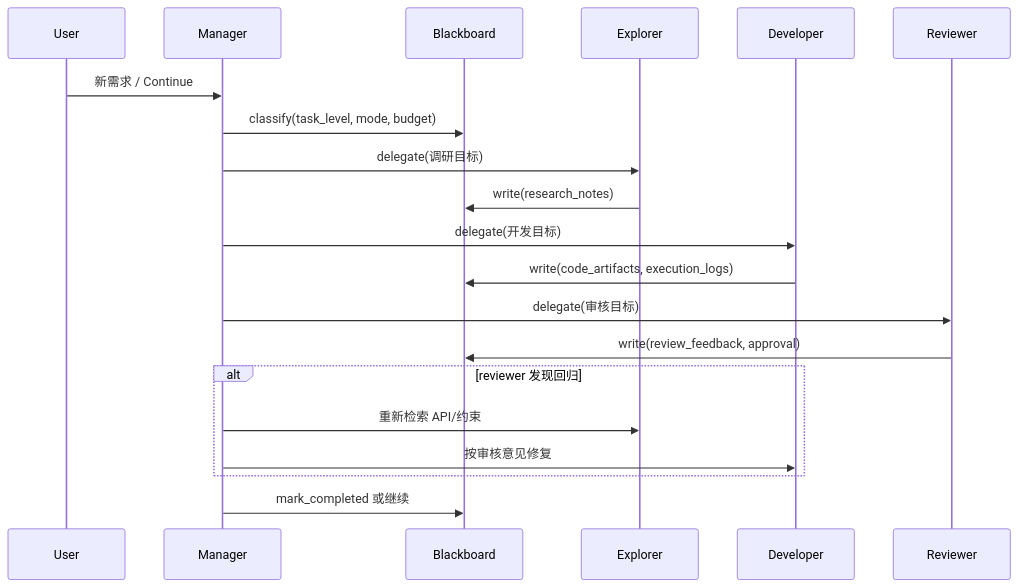
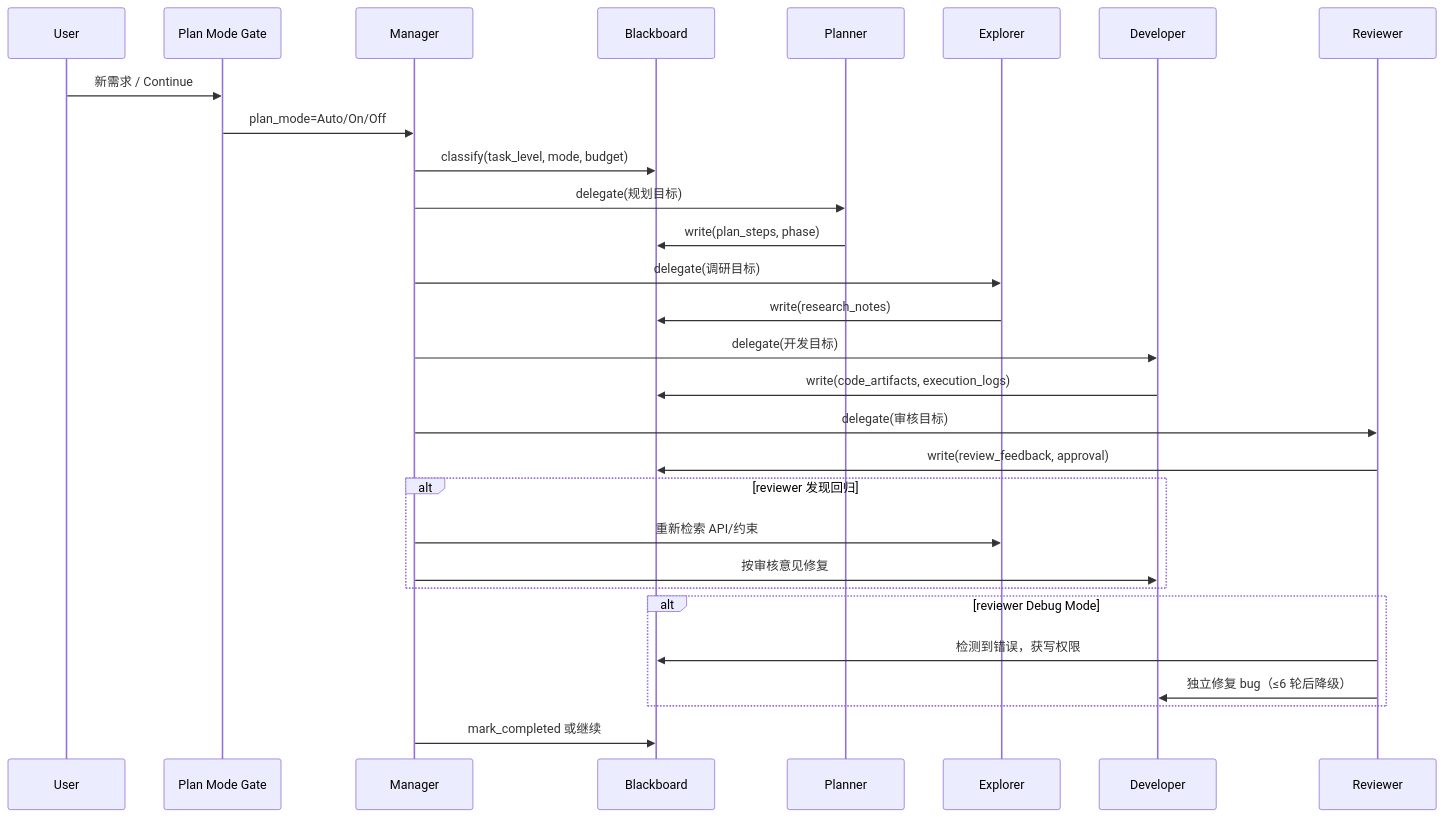
One commit to FonaTech/Clouds-Coder changed the fifth of 7 diagrams in README-zh.md. Above: the diagram before and after it, drawn with Mermaid. The commit also changed other lines of this file and 3 other files, not shown here.

````diff
--- a/README-zh.md
+++ b/README-zh.md
@@ -313,23 +349,32 @@
 ```mermaid
 sequenceDiagram
   participant U as User
+  participant PM as Plan Mode Gate
   participant M as Manager
   participant B as Blackboard
+  participant P as Planner
   participant E as Explorer
   participant D as Developer
   participant R as Reviewer
 
-  U->>M: 新需求 / Continue
+  U->>PM: 新需求 / Continue
+  PM->>M: plan_mode=Auto/On/Off
   M->>B: classify(task_level, mode, budget)
+  M->>P: delegate(规划目标)
+  P->>B: write(plan_steps, phase)
   M->>E: delegate(调研目标)
   E->>B: write(research_notes)
   M->>D: delegate(开发目标)
   D->>B: write(code_artifacts, execution_logs)
   M->>R: delegate(审核目标)
   R->>B: write(review_feedback, approval)
   alt reviewer 发现回归
     M->>E: 重新检索 API/约束
     M->>D: 按审核意见修复
   end
+  alt reviewer Debug Mode
+    R->>B: 检测到错误，获写权限
+    R->>D: 独立修复 bug（≤6 轮后降级）
+  end
   M->>B: mark_completed 或继续
 ```
````
